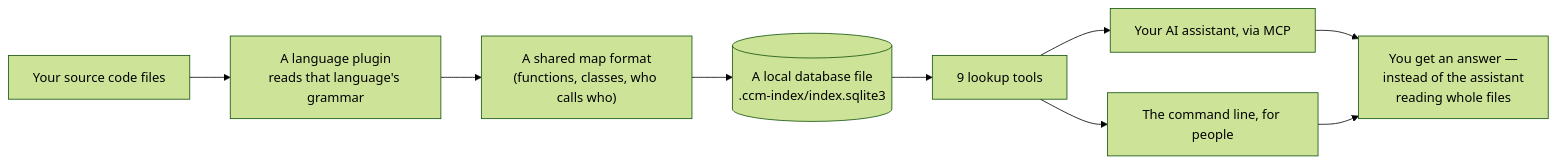
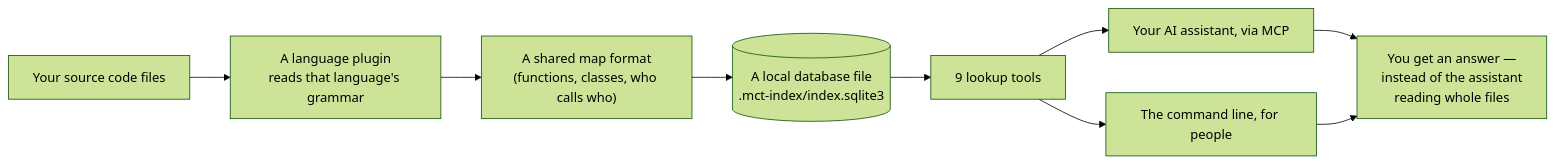
The diagram in ARCHITECTURE.md (Zubiarka8/mini-consumes-tokens), drawn with Mermaid (forest theme) before and after one commit. The commit also changed other lines of this file and 363 other files, not shown here.

First line of the commit message:
refactor!: rename internal identity from ccm to mct

````diff
--- a/ARCHITECTURE.md
+++ b/ARCHITECTURE.md
@@ -17,11 +17,11 @@
 ```mermaid
 flowchart LR
     A["Your source code files"] --> B["A language plugin<br/>reads that language's grammar"]
     B --> C["A shared map format<br/>(functions, classes, who calls who)"]
-    C --> D[("A local database file<br/>.ccm-index/index.sqlite3")]
+    C --> D[("A local database file<br/>.mct-index/index.sqlite3")]
     D --> E["9 lookup tools"]
     E --> F["Your AI assistant, via MCP"]
     E --> G["The command line, for people"]
     F --> H["You get an answer —<br/>instead of the assistant<br/>reading whole files"]
     G --> H
 ```
````
